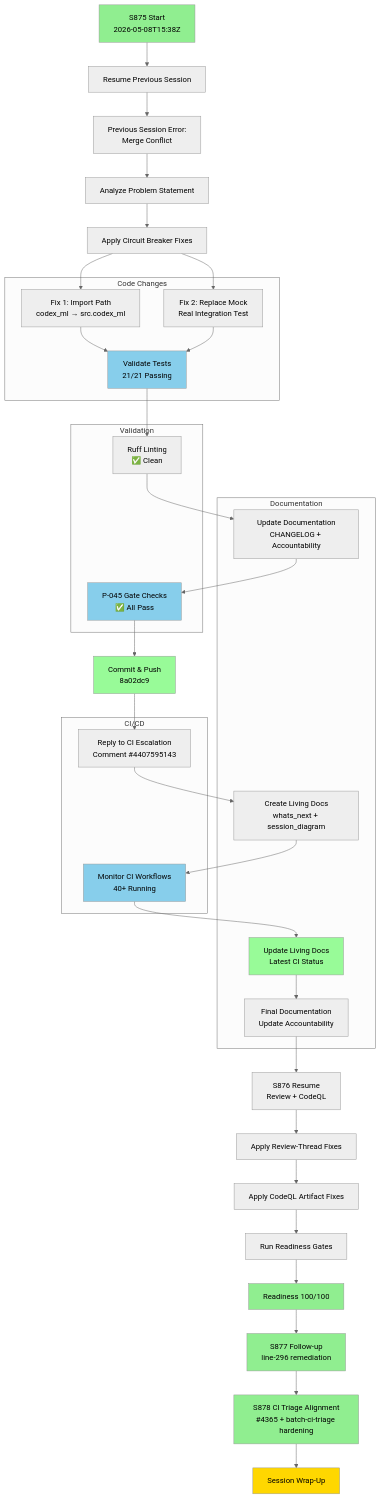
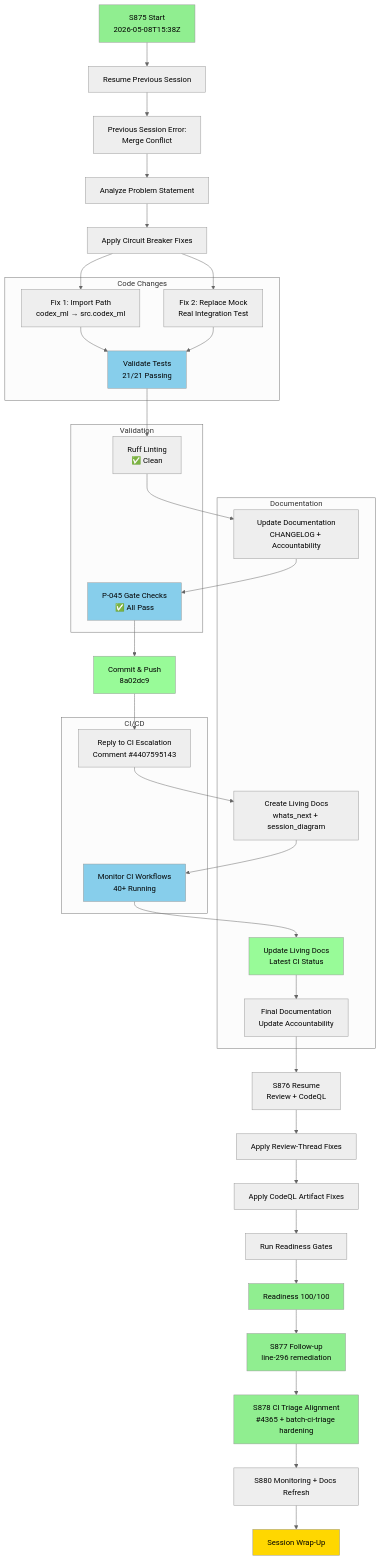
The first of 4 diagrams in docs/sessions/PR4366_session_diagram.md (Aries-Serpent/_codex_), drawn with Mermaid (neutral theme) before and after one commit. The commit also changed other lines of this file and 4 other files, not shown here.

````diff
--- a/docs/sessions/PR4366_session_diagram.md
+++ b/docs/sessions/PR4366_session_diagram.md
@@ -12,69 +12,70 @@
 ```mermaid
 graph TD
     A[S875 Start<br/>2026-05-08T15:38Z] --> B[Resume Previous Session]
     B --> C[Previous Session Error:<br/>Merge Conflict]
     C --> D[Analyze Problem Statement]
     D --> E[Apply Circuit Breaker Fixes]
     
     E --> F[Fix 1: Import Path<br/>codex_ml → src.codex_ml]
     E --> G[Fix 2: Replace Mock<br/>Real Integration Test]
     
     F --> H[Validate Tests<br/>21/21 Passing]
     G --> H
     
     H --> I[Ruff Linting<br/>✅ Clean]
     I --> J[Update Documentation<br/>CHANGELOG + Accountability]
     
     J --> K[P-045 Gate Checks<br/>✅ All Pass]
     K --> L[Commit & Push<br/>8a02dc9]
     
     L --> M[Reply to CI Escalation<br/>Comment #4407595143]
     M --> N[Create Living Docs<br/>whats_next + session_diagram]
     
     N --> O[Monitor CI Workflows<br/>40+ Running]
     O --> P[Update Living Docs<br/>Latest CI Status]
     
     P --> Q[Final Documentation<br/>Update Accountability]
     Q --> R[S876 Resume<br/>Review + CodeQL]
     R --> S[Apply Review-Thread Fixes]
     S --> T[Apply CodeQL Artifact Fixes]
     T --> U[Run Readiness Gates]
     U --> V[Readiness 100/100]
     V --> W[S877 Follow-up<br/>line-296 remediation]
     W --> X[S878 CI Triage Alignment<br/>#4365 + batch-ci-triage hardening]
-    X --> Y[Session Wrap-Up]
+    X --> Y[S880 Monitoring + Docs Refresh]
+    Y --> Z[Session Wrap-Up]
     
     style A fill:#90EE90
-    style Y fill:#FFD700
+    style Z fill:#FFD700
     style H fill:#87CEEB
     style K fill:#87CEEB
     style L fill:#98FB98
     style O fill:#87CEEB
     style P fill:#98FB98
     style V fill:#90EE90
     style W fill:#90EE90
     style X fill:#90EE90
     
     subgraph "Code Changes"
         F
         G
         H
     end
     
     subgraph "Documentation"
         J
         N
         P
         Q
     end
     
     subgraph "CI/CD"
         M
         O
     end
     
     subgraph "Validation"
         I
         K
     end
 ```
````
